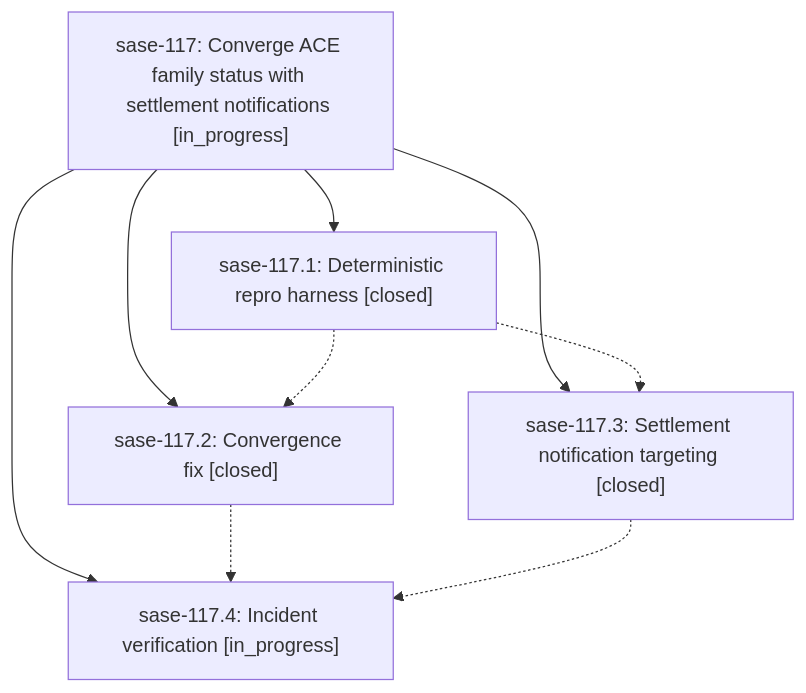
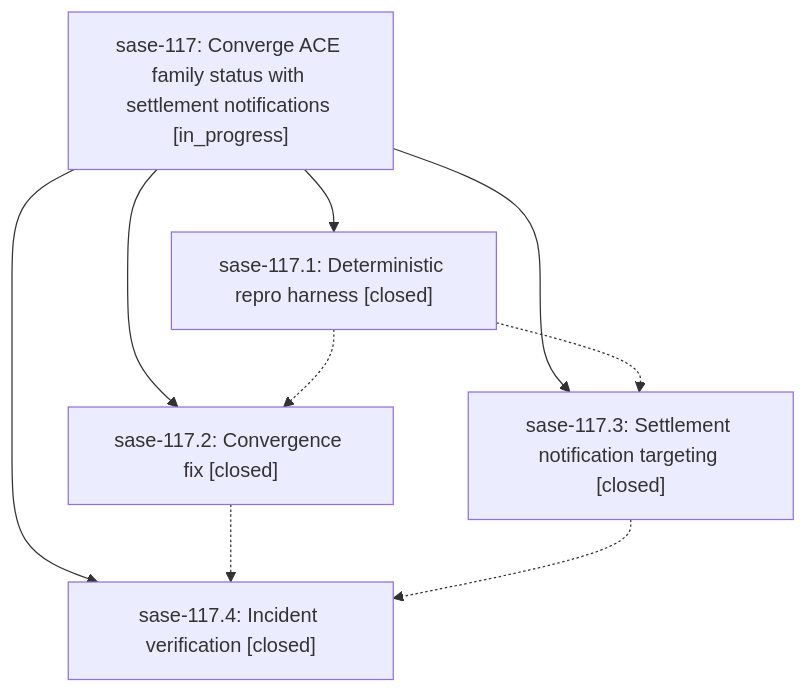
Before and after one commit to sase-org/sase--beads: the diagram in pages/sase-117/README.md, drawn with Mermaid. The commit also changed other lines of this file and 3 other files, not shown here.

````diff
--- a/pages/sase-117/README.md
+++ b/pages/sase-117/README.md
@@ -25,16 +25,16 @@
 ```mermaid
 flowchart TD
     n0["sase-117: Converge ACE family status with settlement notifications [in_progress]"]
     n1["sase-117.1: Deterministic repro harness [closed]"]
     n2["sase-117.2: Convergence fix [closed]"]
     n3["sase-117.3: Settlement notification targeting [closed]"]
-    n4["sase-117.4: Incident verification [in_progress]"]
+    n4["sase-117.4: Incident verification [closed]"]
     n0 --> n1
     n0 --> n2
     n0 --> n3
     n0 --> n4
     n1 -.-> n2
     n1 -.-> n3
     n2 -.-> n4
     n3 -.-> n4
 ```
````
